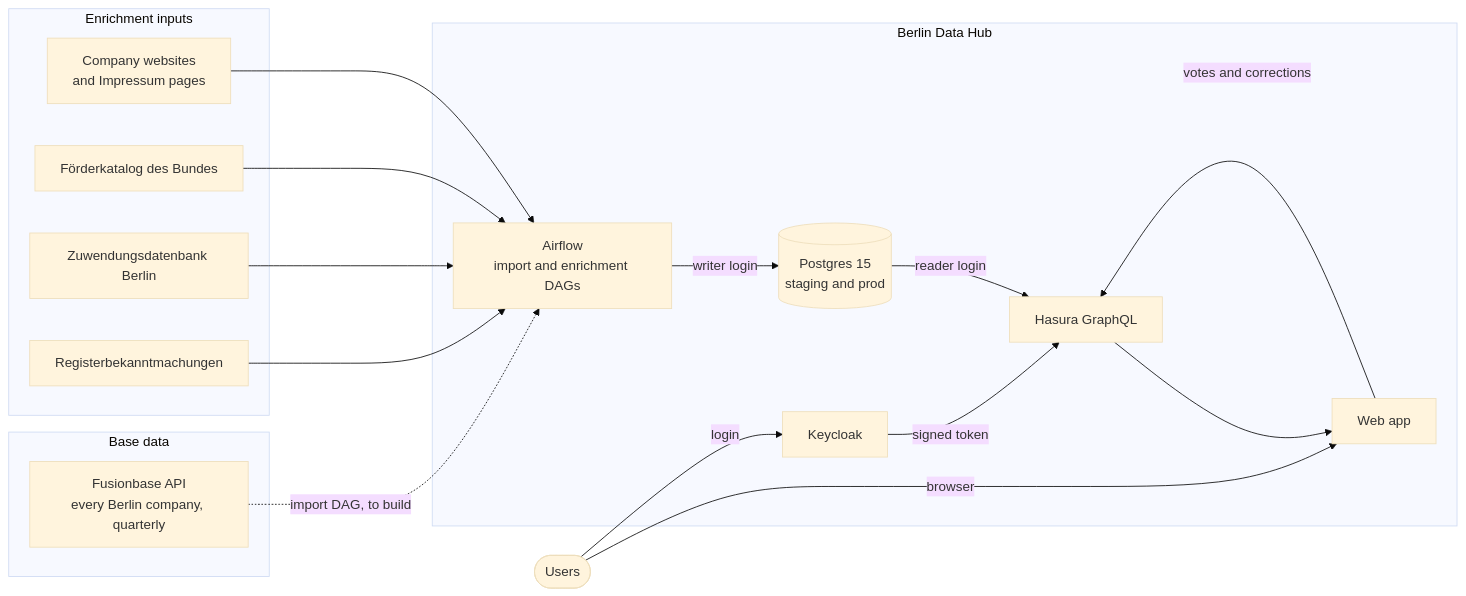
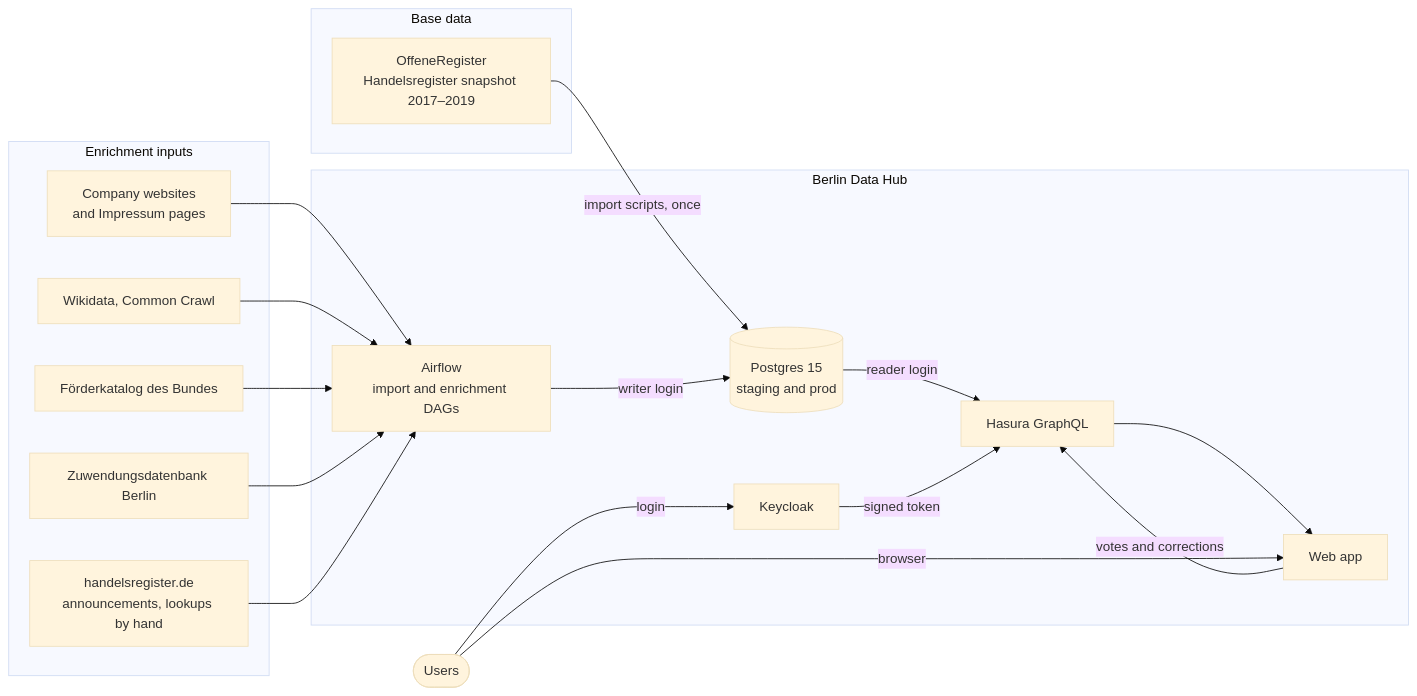
The first of 3 diagrams in docs/architecture-overview.md (technologiestiftung/unternehmensdatenbank), drawn with Mermaid (base theme) before and after one commit. The commit also changed other lines of this file and 13 other files, not shown here.

First line of the commit message:
docs: one sources page, DAG docs in docs/, slimmer architecture overview

````diff
--- a/docs/architecture-overview.md
+++ b/docs/architecture-overview.md
@@ -20,36 +19,38 @@
 ```mermaid
 flowchart LR
   subgraph BASE["Base data"]
-    FB["Fusionbase API<br/>every Berlin company, quarterly"]
+    OR["OffeneRegister<br/>Handelsregister snapshot 2017–2019"]
   end
 
   subgraph ENRICH["Enrichment inputs"]
     WEB["Company websites<br/>and Impressum pages"]
     FK["Förderkatalog des Bundes"]
     LB["Zuwendungsdatenbank Berlin"]
-    RB["Registerbekanntmachungen"]
+    RB["handelsregister.de<br/>announcements, lookups by hand"]
+    WD["Wikidata, Common Crawl"]
   end
 
   subgraph HUB["Berlin Data Hub"]
     AF["Airflow<br/>import and enrichment DAGs"]
     PG[("Postgres 15<br/>staging and prod")]
     HS["Hasura GraphQL"]
     KC["Keycloak"]
     APP["Web app"]
   end
 
   USERS(["Users"])
 
-  FB -.->|"import DAG, to build"| AF
+  OR -->|"import scripts, once"| PG
   WEB --> AF
+  WD --> AF
   FK --> AF
   LB --> AF
   RB --> AF
   AF -->|"writer login"| PG
   PG -->|"reader login"| HS
   HS --> APP
   KC -->|"signed token"| HS
   USERS -->|"browser"| APP
   USERS -->|"login"| KC
   APP -->|"votes and corrections"| HS
 ```
````
